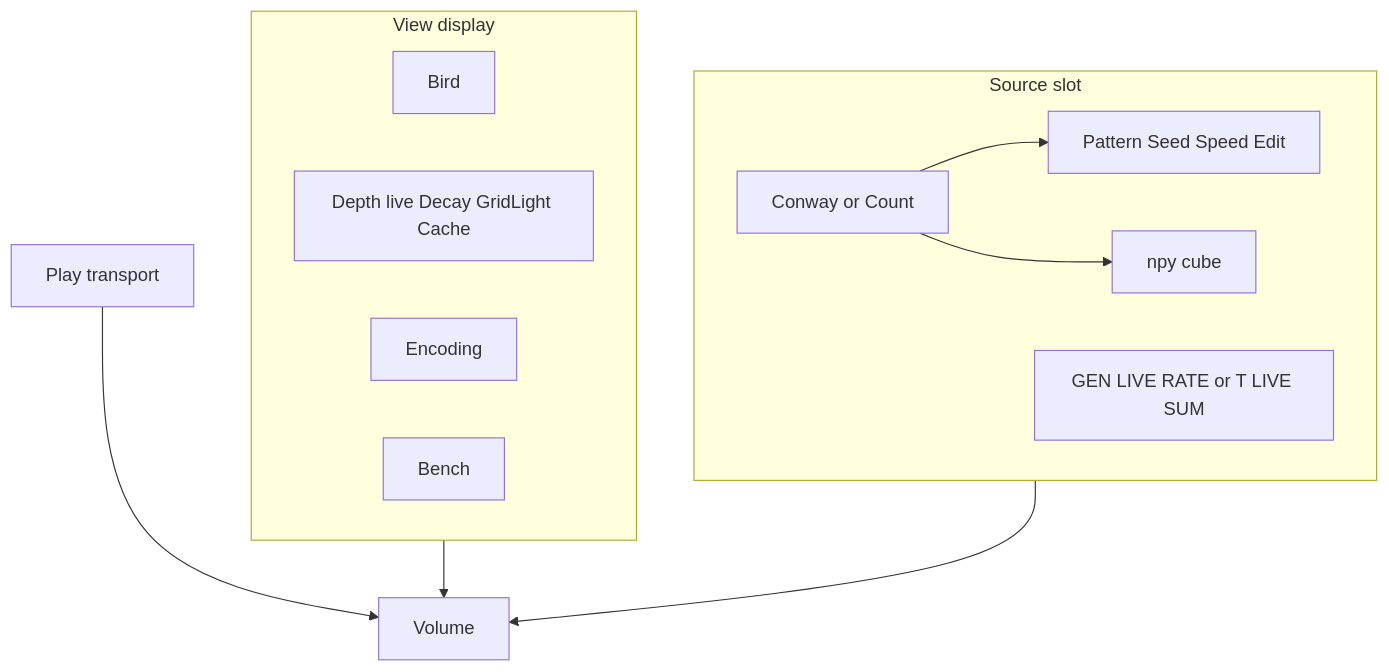
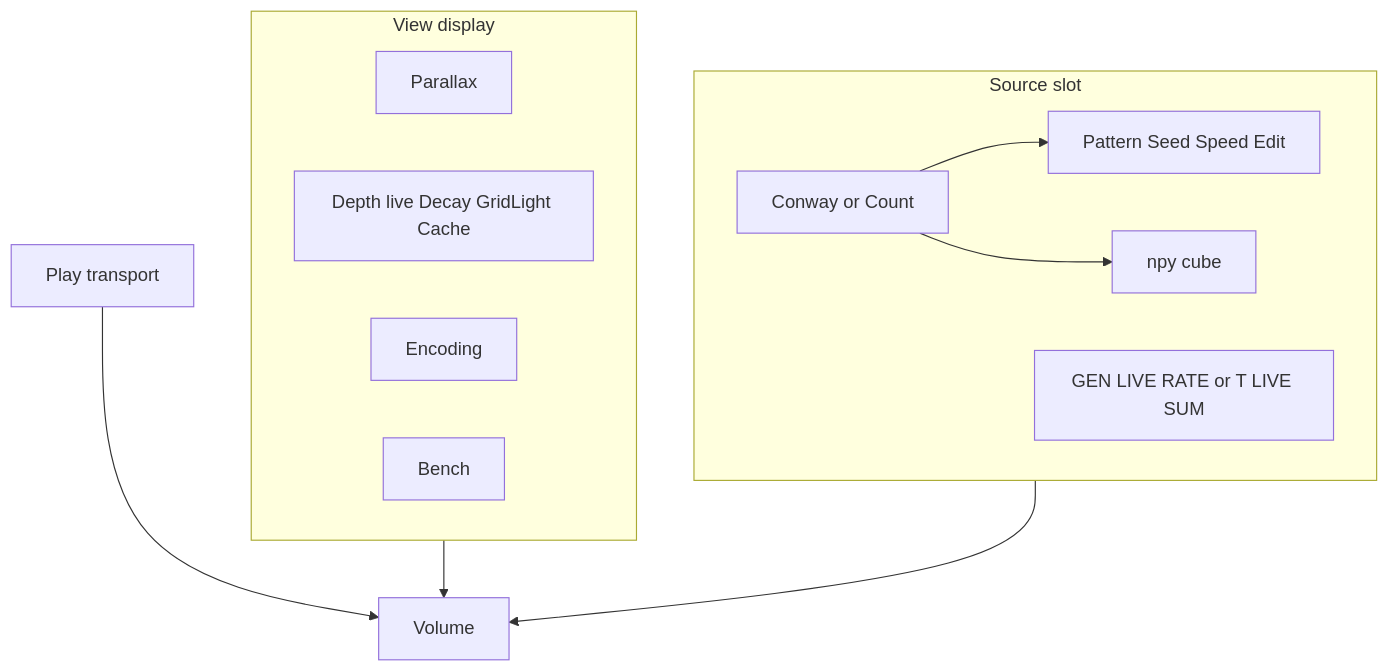
One commit to PiMaV/DONNER changed the fourth of 19 diagrams in architecture.md. Above: the diagram before and after it, drawn with Mermaid. The commit also changed other lines of this file and 19 other files, not shown here.

First line of the commit message:
Add a CAD viewcube and remap Bird to parallax so side views stay oriented, and let the slice stack and cube cap follow the data.

````diff
--- a/architecture.md
+++ b/architecture.md
@@ -87,21 +87,21 @@
 ```mermaid
 flowchart TB
   subgraph view [View display]
-    bird[Bird]
+    bird[Parallax]
     win[Depth live Decay GridLight Cache]
     enc[Encoding]
     bench[Bench]
   end
   subgraph source [Source slot]
     kind[Conway or Count]
     gen[GEN LIVE RATE or T LIVE SUM]
     conway[Pattern Seed Speed Edit]
     npy[npy cube]
   end
   view --> volume[Volume]
   playT[Play transport]
   playT --> volume
   source --> volume
   kind --> conway
   kind --> npy
 ```
````
